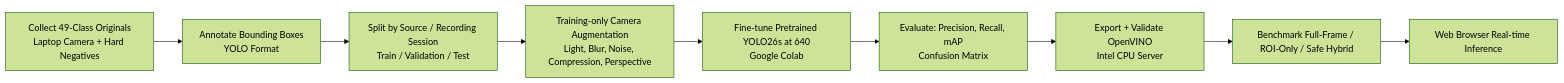
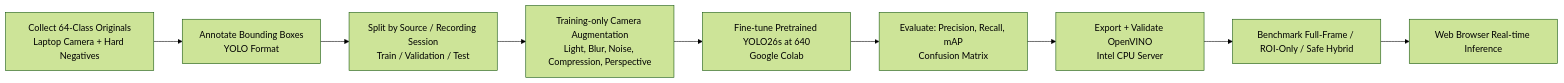
Before and after one commit to Kendrew1119/Intelligent-Malaysian-Traffic-Sign-Recognition-Using-Real-Time-Camera-Detection-on-Android: the third of 4 diagrams in enhanced_block_diagram.md, drawn with Mermaid (forest theme). The commit also changed other lines of this file and 316 other files, not shown here.

````diff
--- a/enhanced_block_diagram.md
+++ b/enhanced_block_diagram.md
@@ -152,11 +152,11 @@
 ```mermaid
 flowchart LR
-    A["Collect 49-Class Originals\nLaptop Camera + Hard Negatives"] --> B["Annotate Bounding Boxes\nYOLO Format"]
+    A["Collect 64-Class Originals\nLaptop Camera + Hard Negatives"] --> B["Annotate Bounding Boxes\nYOLO Format"]
     B --> C["Split by Source / Recording Session\nTrain / Validation / Test"]
     C --> D["Training-only Camera Augmentation\nLight, Blur, Noise, Compression, Perspective"]
     D --> E["Fine-tune Pretrained YOLO26s at 640\nGoogle Colab"]
     E --> F["Evaluate: Precision, Recall, mAP\nConfusion Matrix"]
     F --> G["Export + Validate OpenVINO\nIntel CPU Server"]
     G --> H["Benchmark Full-Frame / ROI-Only / Safe Hybrid"]
     H --> I["Web Browser Real-time Inference"]
 ```
````
